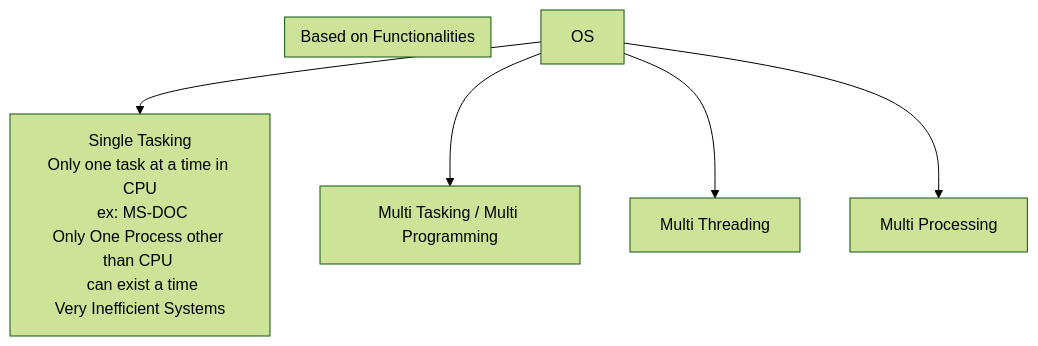
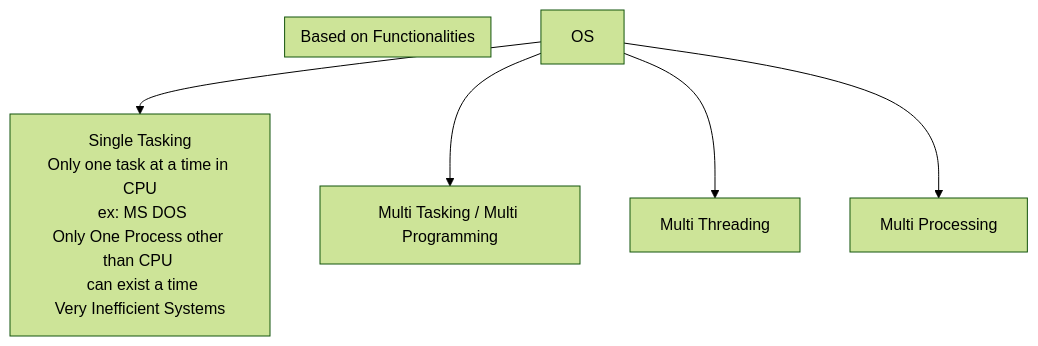
Before and after one commit to shubham21155102/Archieve: the third of 15 diagrams in Operating_System/1.intro.md, drawn with Mermaid (forest theme). The commit also changed other lines of this file and 15 other files, not shown here.

````diff
--- a/Operating_System/1.intro.md
+++ b/Operating_System/1.intro.md
@@ -55,9 +61,9 @@
 ```mermaid
 graph TD;
 subgraph Based on Functionalities
 end
-A[OS]-->B[Single Tasking<br>Only one task at a time in CPU<br> ex: MS-DOC<br>Only One Process other than CPU <br> can exist a time<br>Very Inefficient Systems]
+A[OS]-->B[Single Tasking<br>Only one task at a time in CPU<br> ex: MS DOS<br>Only One Process other than CPU <br> can exist a time<br>Very Inefficient Systems]
 A-->C[Multi Tasking / Multi Programming]
 A-->D[Multi Threading]
 A-->E[Multi Processing]
 ```
````
